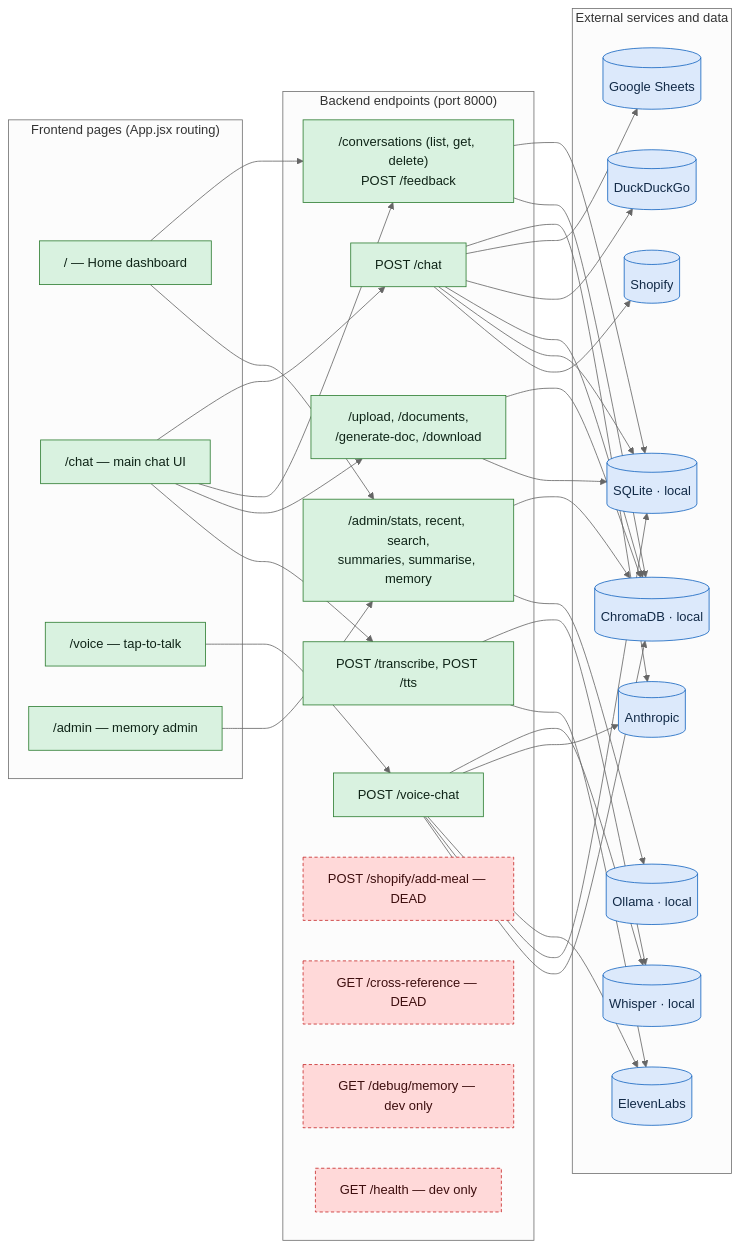
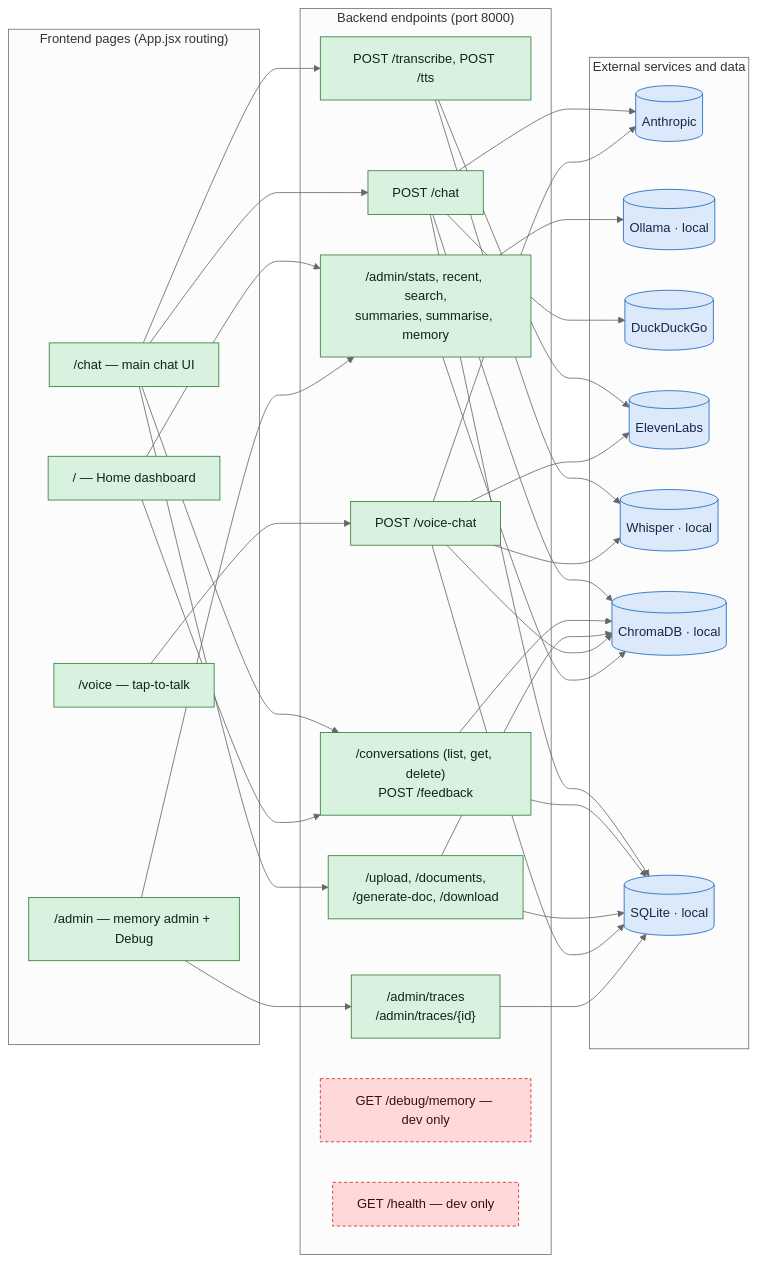
Before and after one commit to Cooldude22113/Lucchesev1: the second of 2 diagrams in AUDIT.md, drawn with Mermaid (neutral theme). The commit also changed other lines of this file and 2 other files, not shown here.

````diff
--- a/AUDIT.md
+++ b/AUDIT.md
@@ -173,54 +164,52 @@
 ```mermaid
 flowchart LR
     subgraph Pages["Frontend pages (App.jsx routing)"]
         HOME["/  — Home dashboard"]
         CHAT["/chat — main chat UI"]
         VOICE["/voice — tap-to-talk"]
-        ADMIN["/admin — memory admin"]
+        ADMIN["/admin — memory admin + Debug"]
     end
 
     subgraph BE["Backend endpoints (port 8000)"]
         E1["POST /chat"]
         E2["/conversations (list, get, delete)<br/>POST /feedback"]
         E3["/upload, /documents,<br/>/generate-doc, /download"]
         E4["POST /transcribe, POST /tts"]
         E5["POST /voice-chat"]
         E6["/admin/stats, recent, search,<br/>summaries, summarise, memory"]
-        D1["POST /shopify/add-meal — DEAD"]
-        D2["GET /cross-reference — DEAD"]
+        E7["/admin/traces<br/>/admin/traces/{id}"]
         D3["GET /debug/memory — dev only"]
         D4["GET /health — dev only"]
     end
 
     subgraph EXT["External services and data"]
         AN[("Anthropic")]
         OL[("Ollama · local")]
-        GS[("Google Sheets")]
         DD[("DuckDuckGo")]
         EL[("ElevenLabs")]
         WH[("Whisper · local")]
-        SH[("Shopify")]
         CB[("ChromaDB · local")]
         SQ[("SQLite · local")]
     end
 
     CHAT --> E1 & E2 & E3 & E4
     HOME --> E2 & E6
     VOICE --> E5
-    ADMIN --> E6
+    ADMIN --> E6 & E7
 
-    E1 --> AN & GS & DD & CB & SQ & SH
+    E1 --> AN & DD & CB & SQ
     E2 --> SQ & CB
     E3 --> CB & SQ
     E4 --> WH & EL
     E5 --> WH & AN & EL & SQ & CB
     E6 --> CB & OL
+    E7 --> SQ
 
     classDef ok fill:#d9f2e0,stroke:#2e7d32,color:#0f2417
     classDef ext fill:#dce9fb,stroke:#1565c0,color:#122a47
     classDef dead fill:#ffd9d9,stroke:#c62828,color:#3d0e0e,stroke-dasharray:4 3
 
-    class HOME,CHAT,VOICE,ADMIN,E1,E2,E3,E4,E5,E6 ok
-    class AN,OL,GS,DD,EL,WH,SH,CB,SQ ext
-    class D1,D2,D3,D4 dead
+    class HOME,CHAT,VOICE,ADMIN,E1,E2,E3,E4,E5,E6,E7 ok
+    class AN,OL,DD,EL,WH,CB,SQ ext
+    class D3,D4 dead
 ```
````
